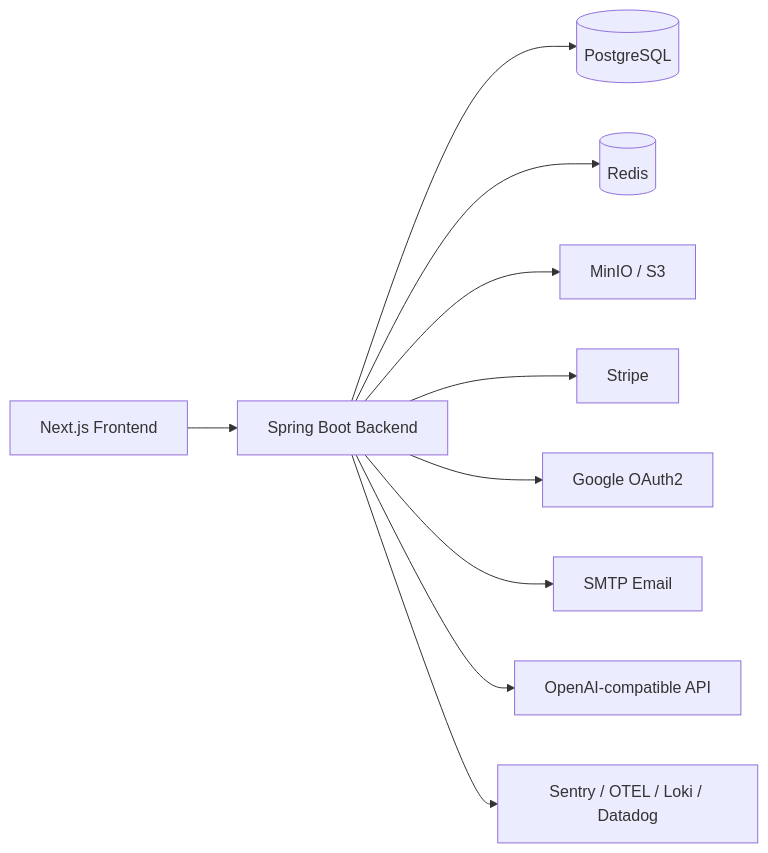
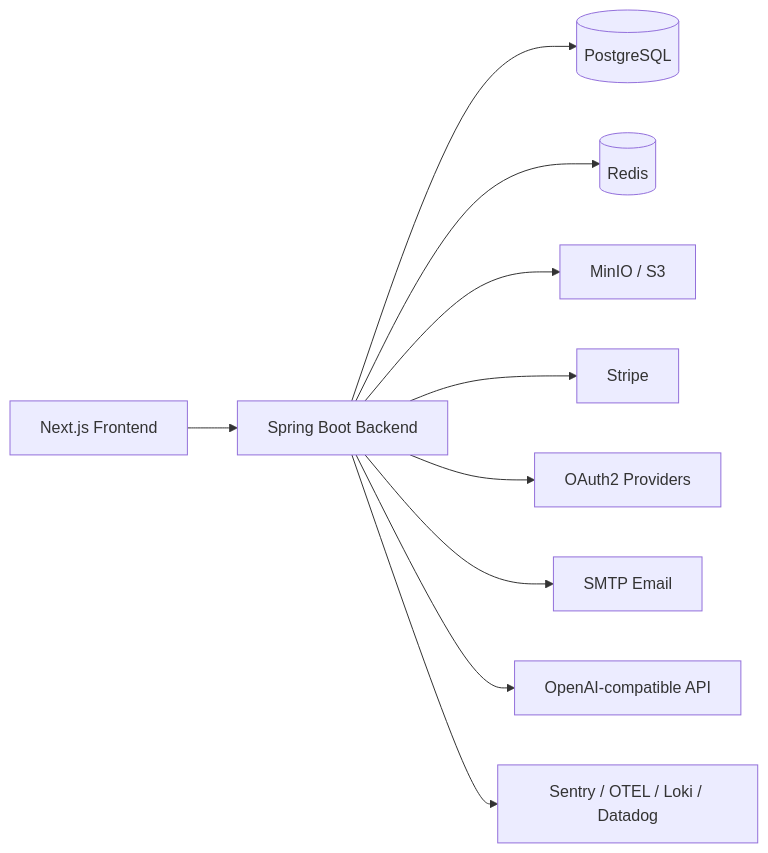
Before and after one commit to Sunagatov/Iced-Latte: the diagram in docs/infrastructure.md, drawn with Mermaid. The commit also changed other lines of this file and 12 other files, not shown here.

````diff
--- a/docs/infrastructure.md
+++ b/docs/infrastructure.md
@@ -43,12 +43,12 @@
 ```mermaid
 flowchart LR
   Frontend[Next.js Frontend] --> Backend[Spring Boot Backend]
   Backend --> Postgres[(PostgreSQL)]
   Backend --> Redis[(Redis)]
   Backend --> MinIO[MinIO / S3]
   Backend --> Stripe[Stripe]
-  Backend --> Google[Google OAuth2]
+  Backend --> OAuth[OAuth2 Providers]
   Backend --> Mail[SMTP Email]
   Backend --> AI[OpenAI-compatible API]
   Backend --> Observability[Sentry / OTEL / Loki / Datadog]
 ```
````
